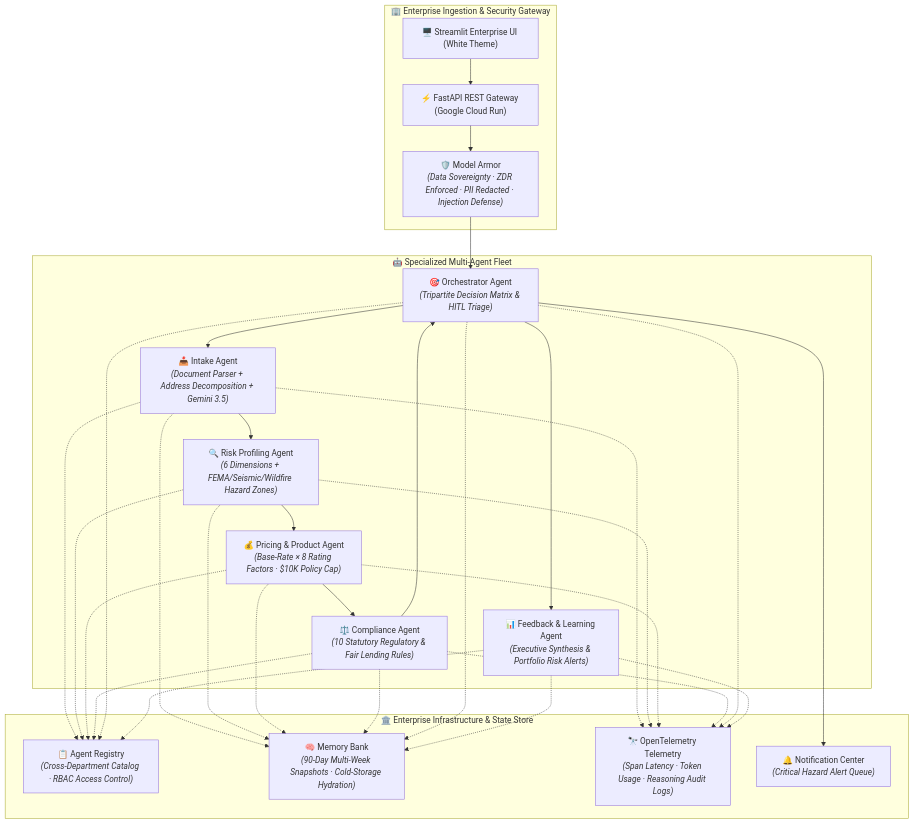
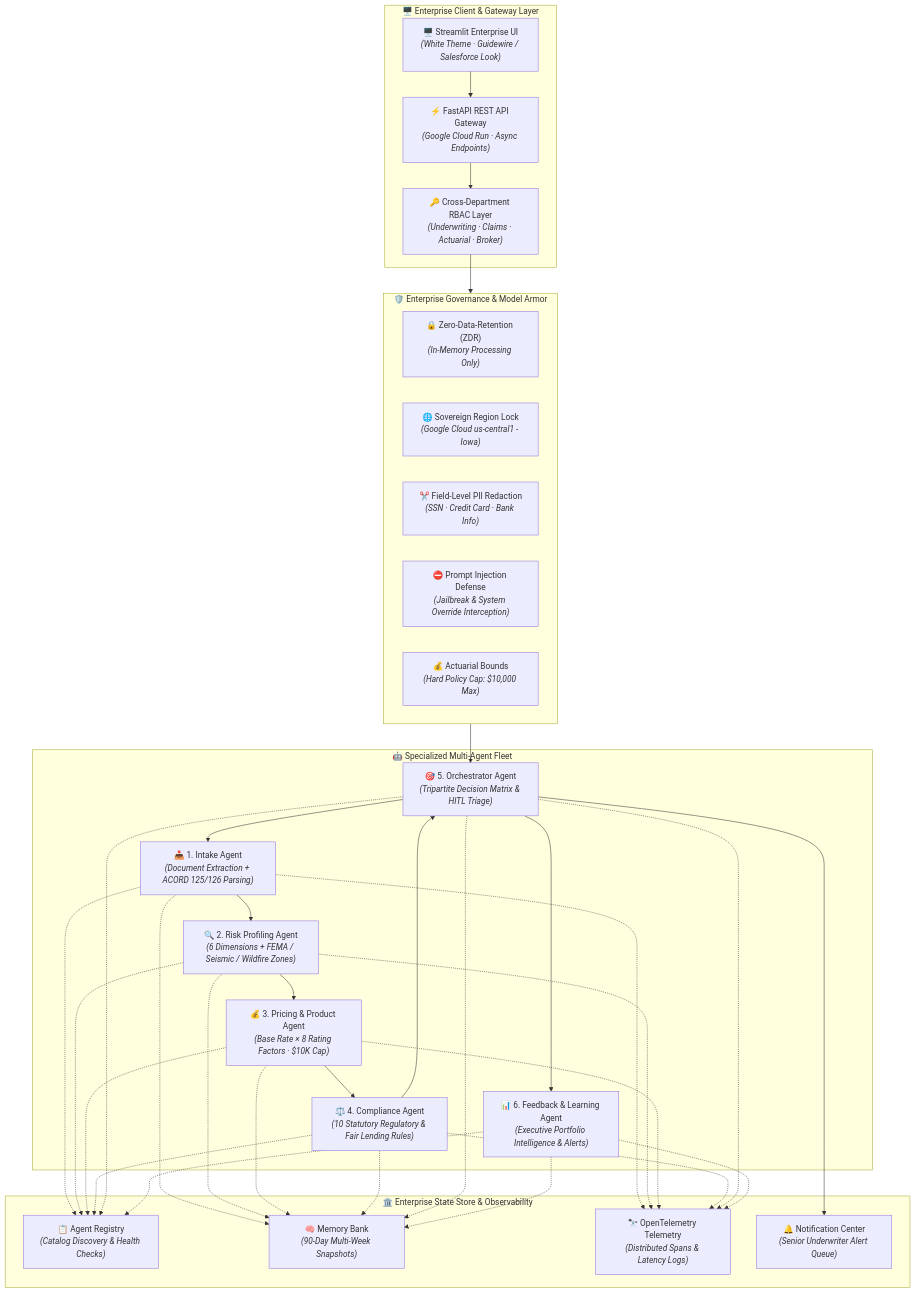
The diagram in README.md (ar-srika/agentic-underwriting), drawn with Mermaid before and after one commit. The commit also changed other lines of this file, not shown here.

Commit message:
docs: expand README with problem statement, architecture, compliance checklist, sample workflow, and UI guide

````diff
--- a/README.md
+++ b/README.md
@@ -83,32 +51,41 @@
 ```mermaid
 flowchart TD
-    subgraph Enterprise["🏢 Enterprise Ingestion & Security Gateway"]
-        UI["🖥️ Streamlit Enterprise UI (White Theme)"]
-        API["⚡ FastAPI REST Gateway (Google Cloud Run)"]
-        MA["🛡️ Model Armor<br/><i>(Data Sovereignty · ZDR Enforced · PII Redacted · Injection Defense)</i>"]
+    subgraph Client["🖥️ Enterprise Client & Gateway Layer"]
+        UI["🖥️ Streamlit Enterprise UI<br/><i>(White Theme · Guidewire / Salesforce Look)</i>"]
+        API["⚡ FastAPI REST API Gateway<br/><i>(Google Cloud Run · Async Endpoints)</i>"]
+        RBAC["🔑 Cross-Department RBAC Layer<br/><i>(Underwriting · Claims · Actuarial · Broker)</i>"]
+    end
+
+    subgraph Security["🛡️ Enterprise Governance & Model Armor"]
+        ZDR["🔒 Zero-Data-Retention (ZDR)<br/><i>(In-Memory Processing Only)</i>"]
+        REG_LOCK["🌐 Sovereign Region Lock<br/><i>(Google Cloud us-central1 - Iowa)</i>"]
+        PII["✂️ Field-Level PII Redaction<br/><i>(SSN · Credit Card · Bank Info)</i>"]
+        INJ["⛔ Prompt Injection Defense<br/><i>(Jailbreak & System Override Interception)</i>"]
+        CAP["💰 Actuarial Bounds<br/><i>(Hard Policy Cap: $10,000 Max)</i>"]
     end
 
     subgraph Fleet["🤖 Specialized Multi-Agent Fleet"]
-        A1["📥 Intake Agent<br/><i>(Document Parser + Address Decomposition + Gemini 3.5)</i>"]
-        A2["🔍 Risk Profiling Agent<br/><i>(6 Dimensions + FEMA/Seismic/Wildfire Hazard Zones)</i>"]
-        A3["💰 Pricing & Product Agent<br/><i>(Base-Rate × 8 Rating Factors · $10K Policy Cap)</i>"]
-        A4["⚖️ Compliance Agent<br/><i>(10 Statutory Regulatory & Fair Lending Rules)</i>"]
-        A5["🎯 Orchestrator Agent<br/><i>(Tripartite Decision Matrix & HITL Triage)</i>"]
-        A6["📊 Feedback & Learning Agent<br/><i>(Executive Synthesis & Portfolio Risk Alerts)</i>"]
+        A1["📥 1. Intake Agent<br/><i>(Document Extraction + ACORD 125/126 Parsing)</i>"]
+        A2["🔍 2. Risk Profiling Agent<br/><i>(6 Dimensions + FEMA / Seismic / Wildfire Zones)</i>"]
+        A3["💰 3. Pricing & Product Agent<br/><i>(Base Rate × 8 Rating Factors · $10K Cap)</i>"]
+        A4["⚖️ 4. Compliance Agent<br/><i>(10 Statutory Regulatory & Fair Lending Rules)</i>"]
+        A5["🎯 5. Orchestrator Agent<br/><i>(Tripartite Decision Matrix & HITL Triage)</i>"]
+        A6["📊 6. Feedback & Learning Agent<br/><i>(Executive Portfolio Intelligence & Alerts)</i>"]
     end
 
-    subgraph Foundation["🏛️ Enterprise Infrastructure & State Store"]
-        REG["📋 Agent Registry<br/><i>(Cross-Department Catalog · RBAC Access Control)</i>"]
-        MEM["🧠 Memory Bank<br/><i>(90-Day Multi-Week Snapshots · Cold-Storage Hydration)</i>"]
-        OBS["🔭 OpenTelemetry Telemetry<br/><i>(Span Latency · Token Usage · Reasoning Audit Logs)</i>"]
-        NOTIF["🔔 Notification Center<br/><i>(Critical Hazard Alert Queue)</i>"]
+    subgraph StateStore["🏛️ Enterprise State Store & Observability"]
+        REG["📋 Agent Registry<br/><i>(Catalog Discovery & Health Checks)</i>"]
+        MEM["🧠 Memory Bank<br/><i>(90-Day Multi-Week Snapshots)</i>"]
+        OTEL["🔭 OpenTelemetry Telemetry<br/><i>(Distributed Spans & Latency Logs)</i>"]
+        NOTIF["🔔 Notification Center<br/><i>(Senior Underwriter Alert Queue)</i>"]
     end
 
-    UI --> API --> MA --> A5
+    UI --> API --> RBAC --> Security
+    Security --> A5
     A5 --> A1 --> A2 --> A3 --> A4 --> A5 --> A6
     
     A1 & A2 & A3 & A4 & A5 & A6 -.-> REG
     A1 & A2 & A3 & A4 & A5 & A6 -.-> MEM
-    A1 & A2 & A3 & A4 & A5 & A6 -.-> OBS
+    A1 & A2 & A3 & A4 & A5 & A6 -.-> OTEL
     A5 --> NOTIF
 ```
````
